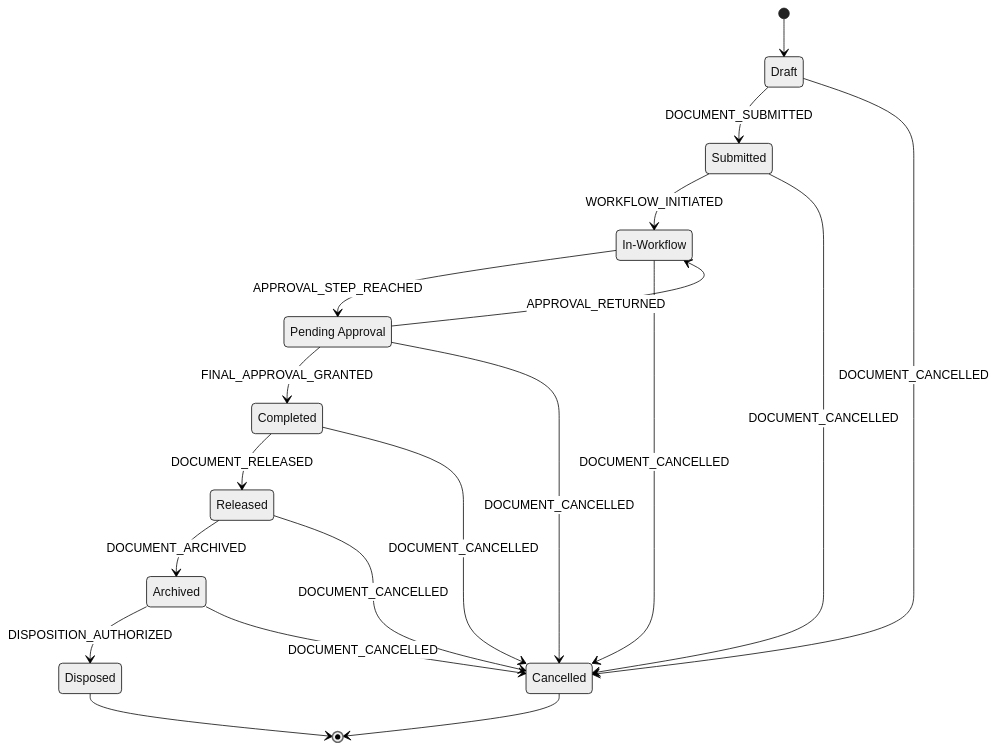
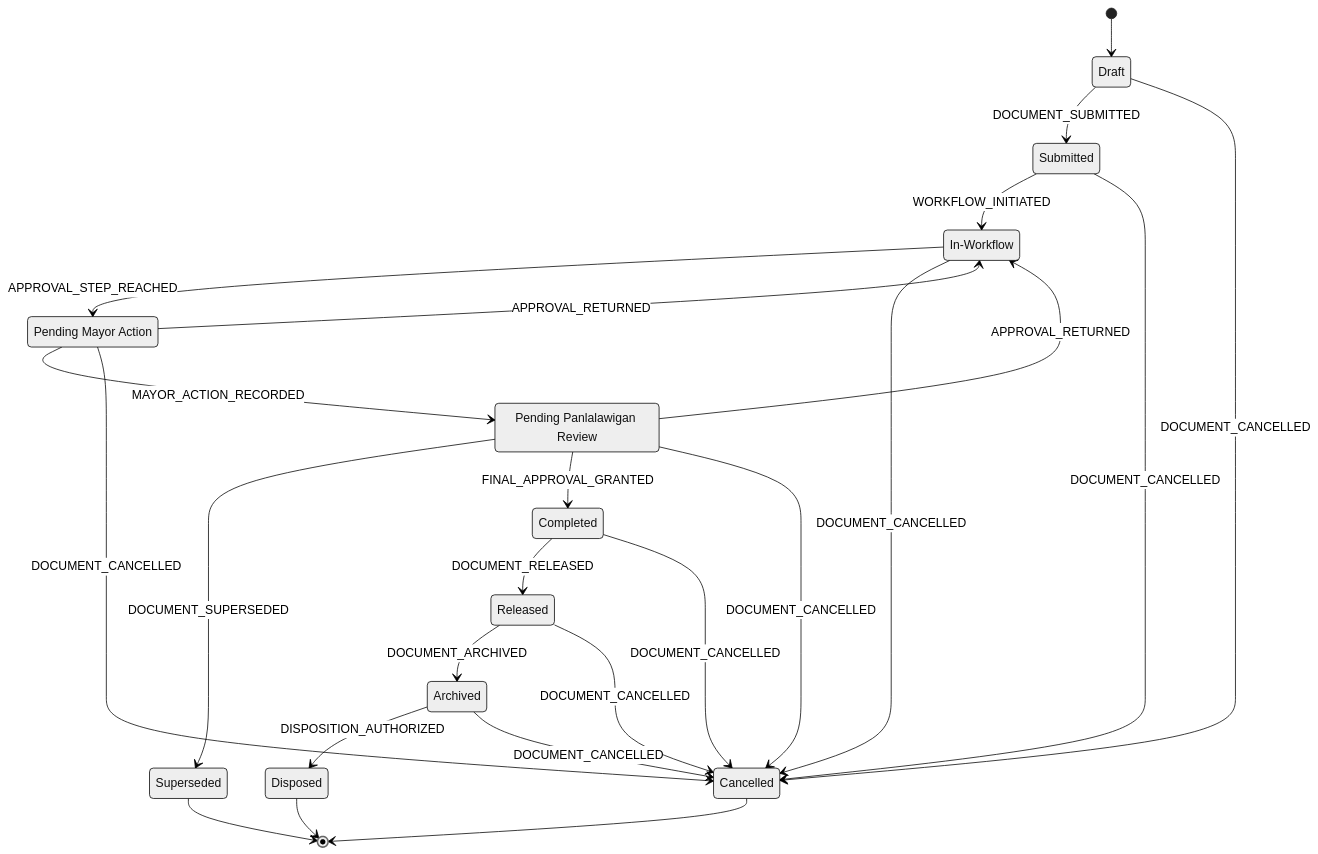
The first of 3 diagrams in docs/pre-development/D-uml-and-diagrams/d3-state-machine-diagrams.md (lukexodus/batac-dms), drawn with Mermaid (neutral theme) before and after one commit. The commit also changed other lines of this file and 10 other files, not shown here.

````diff
--- a/docs/pre-development/D-uml-and-diagrams/d3-state-machine-diagrams.md
+++ b/docs/pre-development/D-uml-and-diagrams/d3-state-machine-diagrams.md
@@ -45,36 +45,43 @@
 ```mermaid
 stateDiagram-v2
     direction TB
 
     state "Draft" as Draft
     state "Submitted" as Submitted
     state "In-Workflow" as InWorkflow
-    state "Pending Approval" as PendingApproval
+    state "Pending Mayor Action" as PendingMayor
+    state "Pending Panlalawigan Review" as PendingPanlalawigan
     state "Completed" as Completed
     state "Released" as Released
     state "Archived" as Archived
     state "Disposed" as Disposed
     state "Cancelled" as Cancelled
+    state "Superseded" as Superseded
 
     [*] --> Draft
 
     Draft --> Submitted : DOCUMENT_SUBMITTED
     Submitted --> InWorkflow : WORKFLOW_INITIATED
-    InWorkflow --> PendingApproval : APPROVAL_STEP_REACHED
-    PendingApproval --> InWorkflow : APPROVAL_RETURNED
-    PendingApproval --> Completed : FINAL_APPROVAL_GRANTED
+    InWorkflow --> PendingMayor : APPROVAL_STEP_REACHED
+    PendingMayor --> InWorkflow : APPROVAL_RETURNED
+    PendingMayor --> PendingPanlalawigan : MAYOR_ACTION_RECORDED
+    PendingPanlalawigan --> InWorkflow : APPROVAL_RETURNED
+    PendingPanlalawigan --> Superseded : DOCUMENT_SUPERSEDED
+    PendingPanlalawigan --> Completed : FINAL_APPROVAL_GRANTED
     Completed --> Released : DOCUMENT_RELEASED
     Released --> Archived : DOCUMENT_ARCHIVED
     Archived --> Disposed : DISPOSITION_AUTHORIZED
 
     Draft --> Cancelled : DOCUMENT_CANCELLED
     Submitted --> Cancelled : DOCUMENT_CANCELLED
     InWorkflow --> Cancelled : DOCUMENT_CANCELLED
-    PendingApproval --> Cancelled : DOCUMENT_CANCELLED
+    PendingMayor --> Cancelled : DOCUMENT_CANCELLED
+    PendingPanlalawigan --> Cancelled : DOCUMENT_CANCELLED
     Completed --> Cancelled : DOCUMENT_CANCELLED
     Released --> Cancelled : DOCUMENT_CANCELLED
     Archived --> Cancelled : DOCUMENT_CANCELLED
 
     Disposed --> [*]
     Cancelled --> [*]
+    Superseded --> [*]
 ```
````
